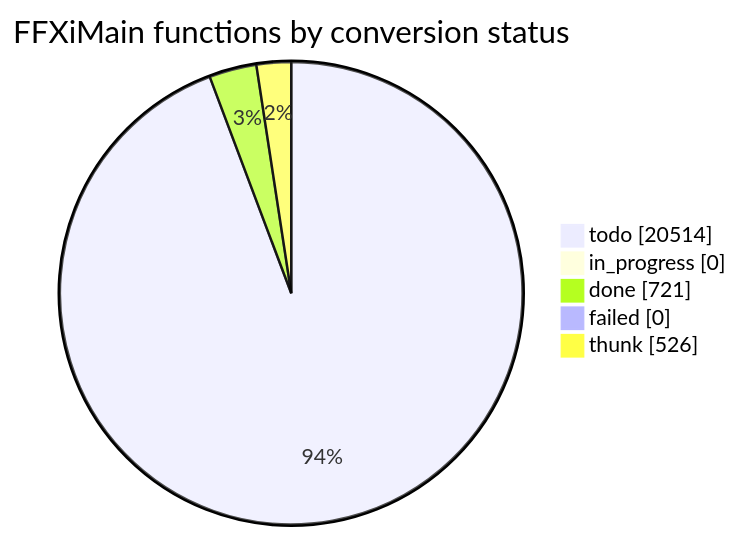
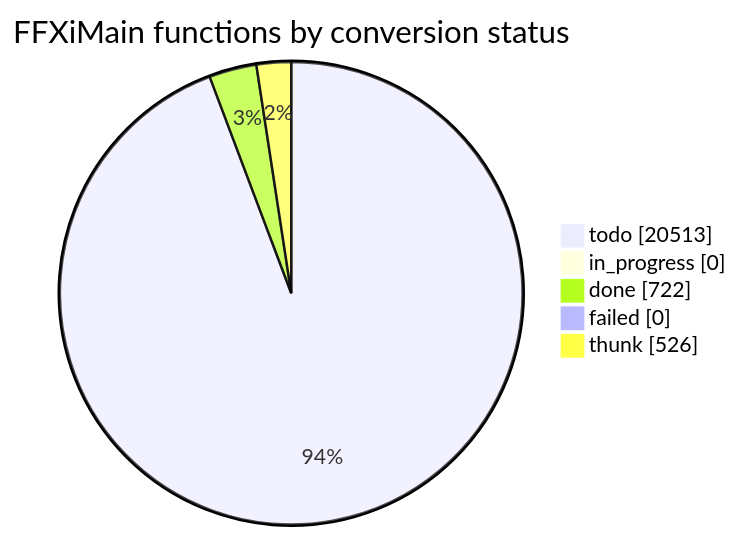
Before and after one commit to cowrevenge/cow_kuluu_xi_anything: the diagram in docs/cow/STATUS.md, drawn with Mermaid. The commit also changed other lines of this file and 9 other files, not shown here.

````diff
--- a/docs/cow/STATUS.md
+++ b/docs/cow/STATUS.md
@@ -18,9 +18,9 @@
 ```mermaid
 pie showData
     title FFXiMain functions by conversion status
-    "todo" : 20514
+    "todo" : 20513
     "in_progress" : 0
-    "done" : 721
+    "done" : 722
     "failed" : 0
     "thunk" : 526
 ```
````
